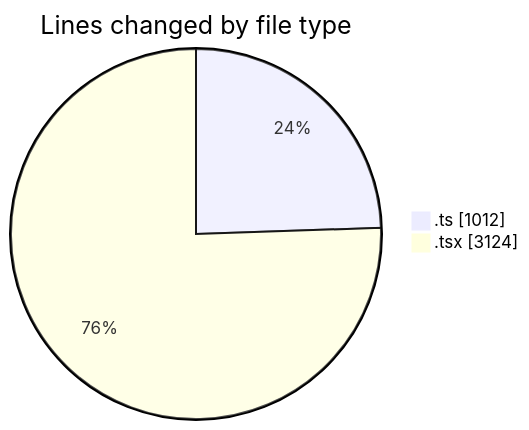
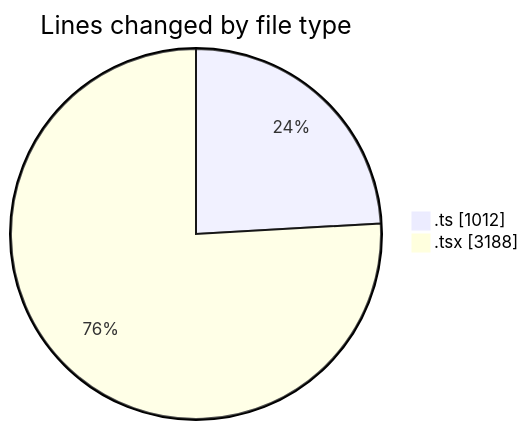
The first of 2 diagrams in 2026-05-04/nxtqube_webapp/README.md (nxtqubesakshisongat/code-tracking), drawn with Mermaid before and after one commit. The commit also changed other lines of this file and 1 other file, not shown here.

````diff
--- a/2026-05-04/nxtqube_webapp/README.md
+++ b/2026-05-04/nxtqube_webapp/README.md
@@ -25,6 +25,6 @@
 ```mermaid
 pie showData
 title Lines changed by file type
 ".ts" : 1012
-".tsx" : 3124
+".tsx" : 3188
 ```
````
